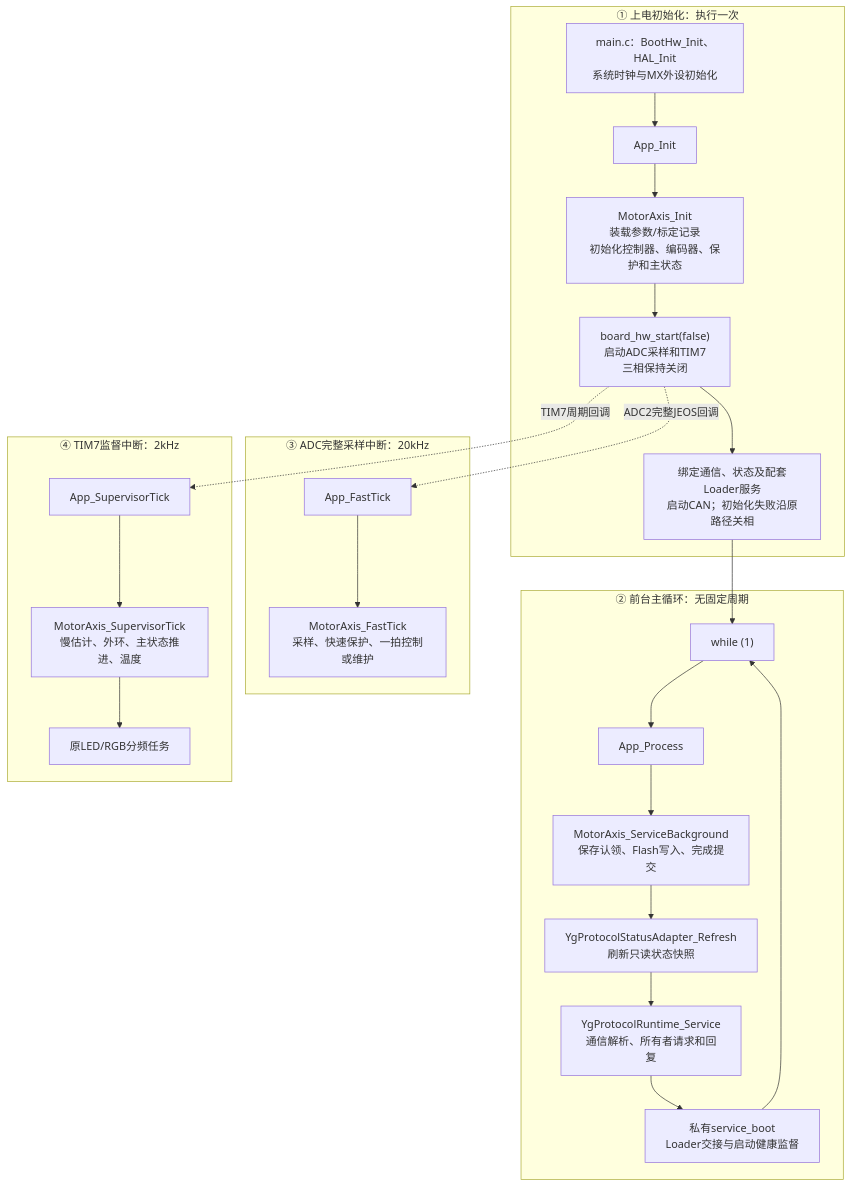
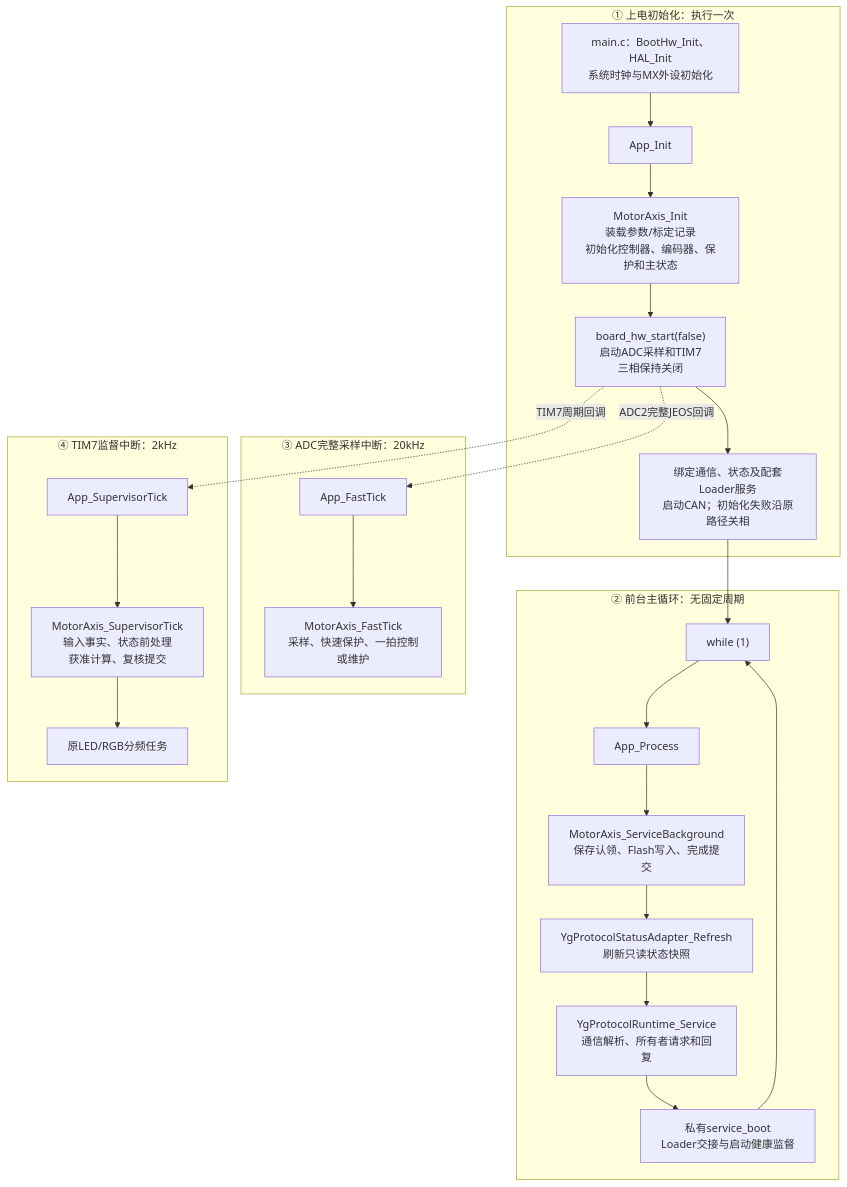
Before and after one commit to haoyang877/Vector_Mini_ST_Firmware: the first of 2 diagrams in docs/architecture/software_architecture.md, drawn with Mermaid. The commit also changed other lines of this file and 12 other files, not shown here.

````diff
--- a/docs/architecture/software_architecture.md
+++ b/docs/architecture/software_architecture.md
@@ -33,38 +33,38 @@
 ```mermaid
 flowchart TD
     subgraph INIT["① 上电初始化：执行一次"]
         MAIN["main.c：BootHw_Init、HAL_Init<br/>系统时钟与MX外设初始化"]
         A["App_Init"]
         AI["MotorAxis_Init<br/>装载参数/标定记录<br/>初始化控制器、编码器、保护和主状态"]
         HW["board_hw_start(false)<br/>启动ADC采样和TIM7<br/>三相保持关闭"]
         COMM["绑定通信、状态及配套Loader服务<br/>启动CAN；初始化失败沿原路径关相"]
         MAIN --> A --> AI --> HW --> COMM
     end
 
     subgraph BG["② 前台主循环：无固定周期"]
         LOOP["while (1)"]
         P["App_Process"]
         B1["MotorAxis_ServiceBackground<br/>保存认领、Flash写入、完成提交"]
         B2["YgProtocolStatusAdapter_Refresh<br/>刷新只读状态快照"]
         B3["YgProtocolRuntime_Service<br/>通信解析、所有者请求和回复"]
         B4["私有service_boot<br/>Loader交接与启动健康监督"]
         LOOP --> P --> B1 --> B2 --> B3 --> B4 --> LOOP
     end
 
     subgraph FAST["③ ADC完整采样中断：20kHz"]
         F["App_FastTick"]
         AF["MotorAxis_FastTick<br/>采样、快速保护、一拍控制或维护"]
         F --> AF
     end
 
     subgraph SLOW["④ TIM7监督中断：2kHz"]
         S["App_SupervisorTick"]
-        AS["MotorAxis_SupervisorTick<br/>慢估计、外环、主状态推进、温度"]
+        AS["MotorAxis_SupervisorTick<br/>输入事实、状态前处理<br/>获准计算、复核提交"]
         LED["原LED/RGB分频任务"]
         S --> AS --> LED
     end
 
     COMM --> LOOP
     HW -. "ADC2完整JEOS回调" .-> F
     HW -. "TIM7周期回调" .-> S
 ```
````
